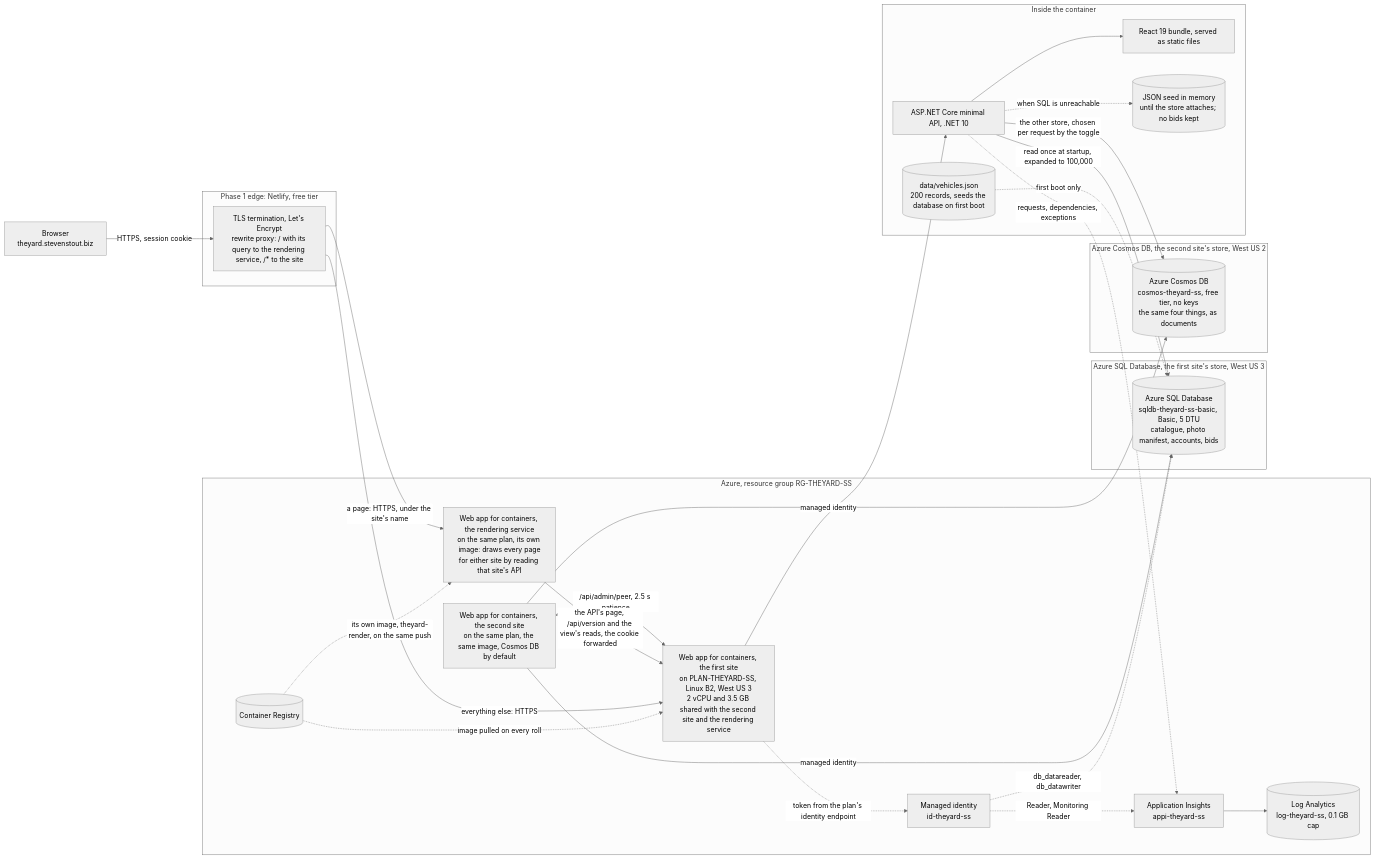
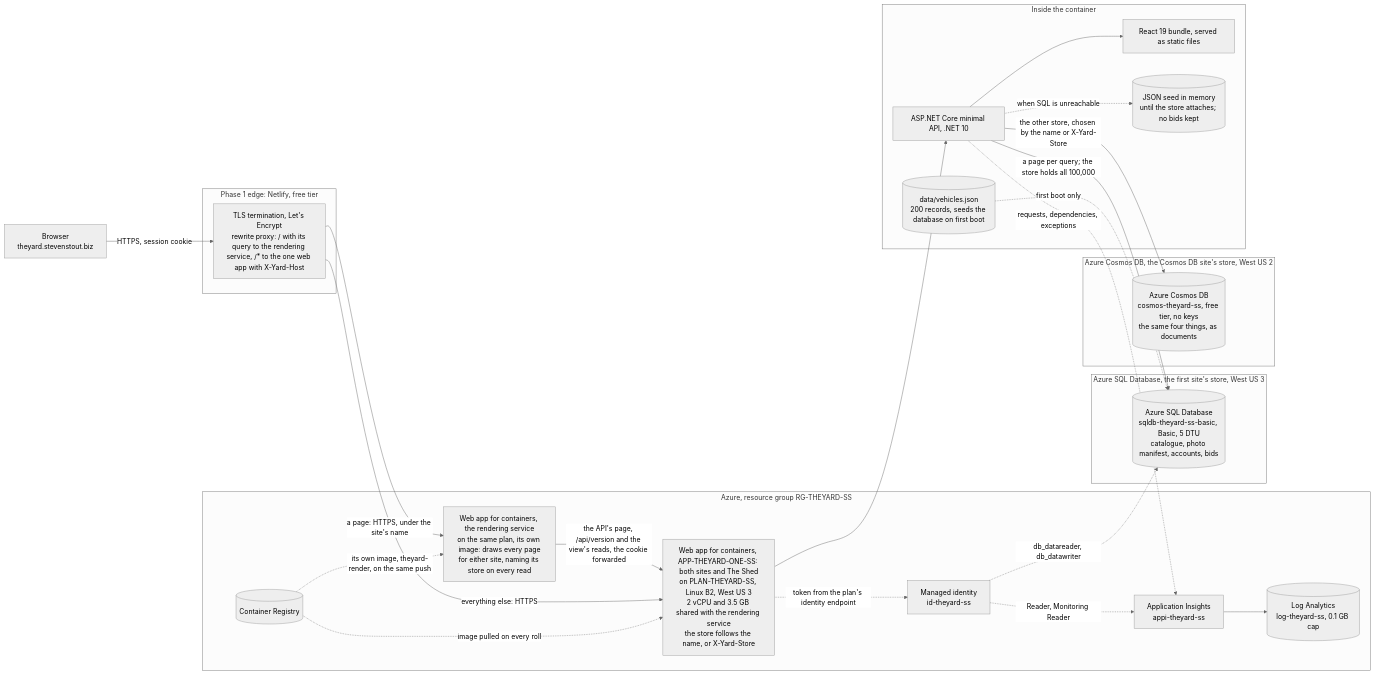
Before and after one commit to SteveStout/TheYard: the first of 3 diagrams in docs/app-architecture/ARCHITECTURE.md, drawn with Mermaid (neutral theme). The commit also changed 53 other files, not shown here.

````diff
--- a/docs/app-architecture/ARCHITECTURE.md
+++ b/docs/app-architecture/ARCHITECTURE.md
@@ -33,55 +33,51 @@
 ```mermaid
 flowchart LR
   B["Browser<br/>theyard.stevenstout.biz"]
 
   subgraph edge["Phase 1 edge: Netlify, free tier"]
-    TLS["TLS termination, Let's Encrypt<br/>rewrite proxy: / with its query to the rendering service, /* to the site"]
+    TLS["TLS termination, Let's Encrypt<br/>rewrite proxy: / with its query to the rendering service, /* to the one web app with X-Yard-Host"]
   end
 
   subgraph azure["Azure, resource group RG-THEYARD-SS"]
-    ACI["Web app for containers, the first site<br/>on PLAN-THEYARD-SS, Linux B2, West US 3<br/>2 vCPU and 3.5 GB shared with the second site and the rendering service"]
-    RENDER["Web app for containers, the rendering service<br/>on the same plan, its own image: draws every page<br/>for either site by reading that site's API"]
+    ACI["Web app for containers, APP-THEYARD-ONE-SS: both sites and The Shed<br/>on PLAN-THEYARD-SS, Linux B2, West US 3<br/>2 vCPU and 3.5 GB shared with the rendering service<br/>the store follows the name, or X-Yard-Store"]
+    RENDER["Web app for containers, the rendering service<br/>on the same plan, its own image: draws every page<br/>for either site, naming its store on every read"]
     ACR[("Container Registry")]
     MI["Managed identity<br/>id-theyard-ss"]
     AI["Application Insights<br/>appi-theyard-ss"]
     LAW[("Log Analytics<br/>log-theyard-ss, 0.1 GB cap")]
-    ACI2["Web app for containers, the second site<br/>on the same plan, the same image, Cosmos DB by default"]
   end
 
   subgraph sql["Azure SQL Database, the first site's store, West US 3"]
     SQL[("Azure SQL Database<br/>sqldb-theyard-ss-basic, Basic, 5 DTU<br/>catalogue, photo manifest, accounts, bids")]
   end
 
-  subgraph cosmos["Azure Cosmos DB, the second site's store, West US 2"]
+  subgraph cosmos["Azure Cosmos DB, the Cosmos DB site's store, West US 2"]
     COSMOS[("Azure Cosmos DB<br/>cosmos-theyard-ss, free tier, no keys<br/>the same four things, as documents")]
   end
 
-  ACI2 -->|managed identity| COSMOS
-  ACI2 -->|managed identity| SQL
-  ACI2 <-->|/api/admin/peer, 2.5 s patience| ACI
 
   subgraph box["Inside the container"]
     API["ASP.NET Core minimal API, .NET 10"]
     SPA["React 19 bundle, served as static files"]
     SEED[("data/vehicles.json<br/>200 records, seeds the database on first boot")]
     FILE[("JSON seed in memory<br/>until the store attaches; no bids kept")]
   end
 
   B -->|HTTPS, session cookie| TLS
   TLS -->|a page: HTTPS, under the site's name| RENDER
   RENDER -->|the API's page, /api/version and the view's reads, the cookie forwarded| ACI
   TLS -->|everything else: HTTPS| ACI
   ACI --> API
   API --> SPA
-  API -->|read once at startup, expanded to 100,000| SQL
-  API -->|the other store, chosen per request by the toggle| COSMOS
+  API -->|a page per query; the store holds all 100,000| SQL
+  API -->|the other store, chosen by the name or X-Yard-Store| COSMOS
   API -.->|when SQL is unreachable| FILE
   MI -.->|db_datareader, db_datawriter| SQL
   SEED -.->|first boot only| SQL
   ACR -.->|image pulled on every roll| ACI
   ACR -.->|its own image, theyard-render, on the same push| RENDER
   ACI -.->|token from the plan's identity endpoint| MI
   MI -.->|Reader, Monitoring Reader| AI
   API -.->|requests, dependencies, exceptions| AI
   AI --> LAW
 ```
````
